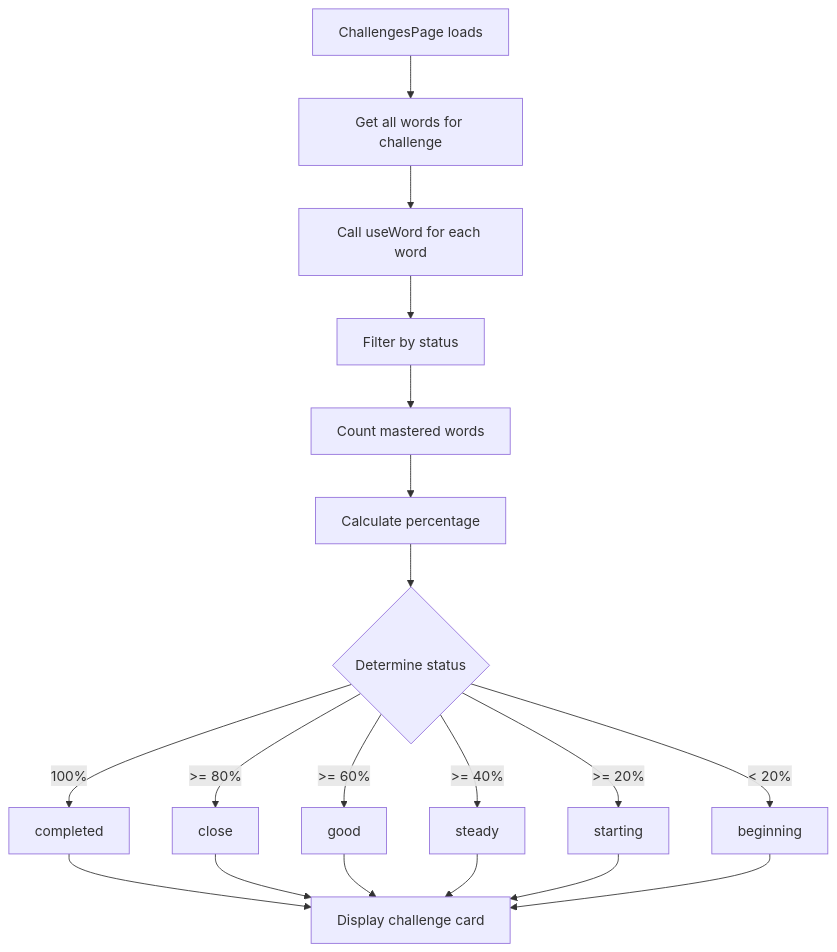
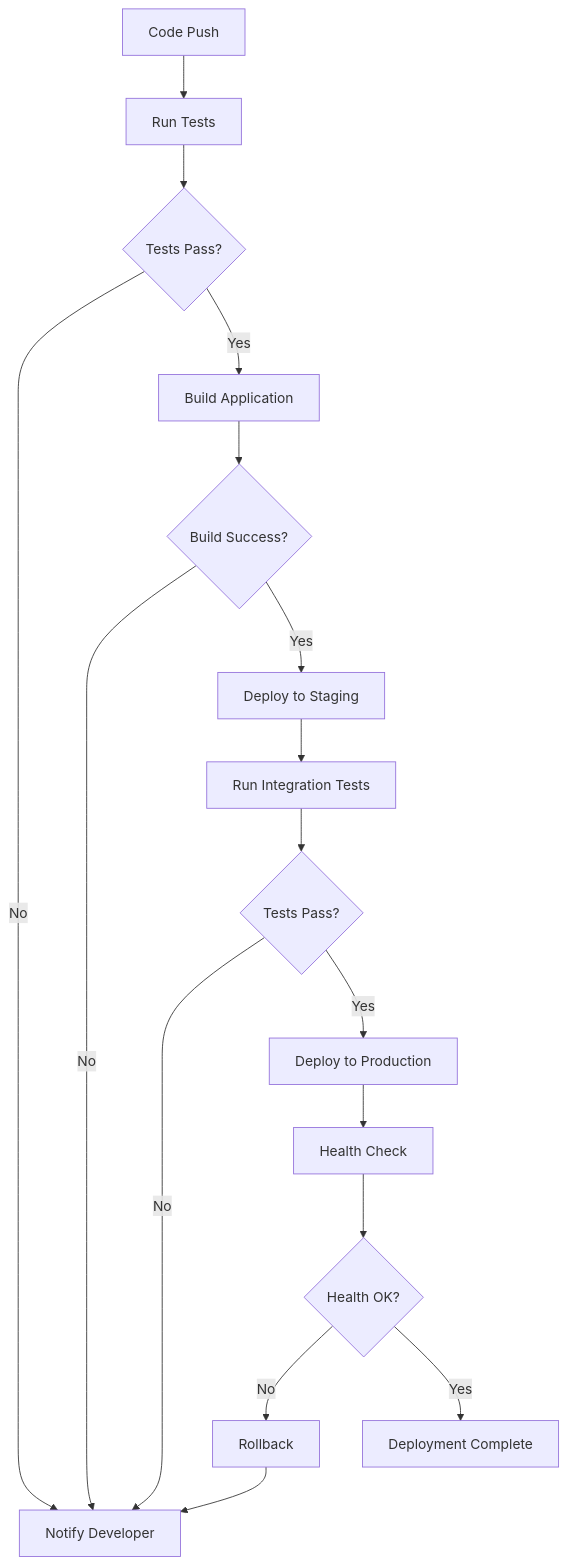
Before and after one commit to getOffIt/spellingWebsite: diagram 13 of 15 in .sop/summary/workflows.md, drawn with Mermaid. The commit also changed other lines of this file and 17 other files, not shown here.

````diff
--- a/.sop/summary/workflows.md
+++ b/.sop/summary/workflows.md
@@ -162,21 +301,19 @@
 ```mermaid
 flowchart TD
-    A[ChallengesPage loads] --> B[Get all words for challenge]
-    B --> C[Call useWord for each word]
-    C --> D[Filter by status]
-    D --> E[Count mastered words]
-    E --> F[Calculate percentage]
-    F --> G{Determine status}
-    G -->|100%| H[completed]
-    G -->|>= 80%| I[close]
-    G -->|>= 60%| J[good]
-    G -->|>= 40%| K[steady]
-    G -->|>= 20%| L[starting]
-    G -->|< 20%| M[beginning]
-    H --> N[Display challenge card]
-    I --> N
-    J --> N
-    K --> N
-    L --> N
-    M --> N
+    A[Code Push] --> B[Run Tests]
+    B --> C{Tests Pass?}
+    C -->|No| D[Notify Developer]
+    C -->|Yes| E[Build Application]
+    E --> F{Build Success?}
+    F -->|No| D
+    F -->|Yes| G[Deploy to Staging]
+    G --> H[Run Integration Tests]
+    H --> I{Tests Pass?}
+    I -->|No| D
+    I -->|Yes| J[Deploy to Production]
+    J --> K[Health Check]
+    K --> L{Health OK?}
+    L -->|No| M[Rollback]
+    L -->|Yes| N[Deployment Complete]
+    M --> D
 ```
````
